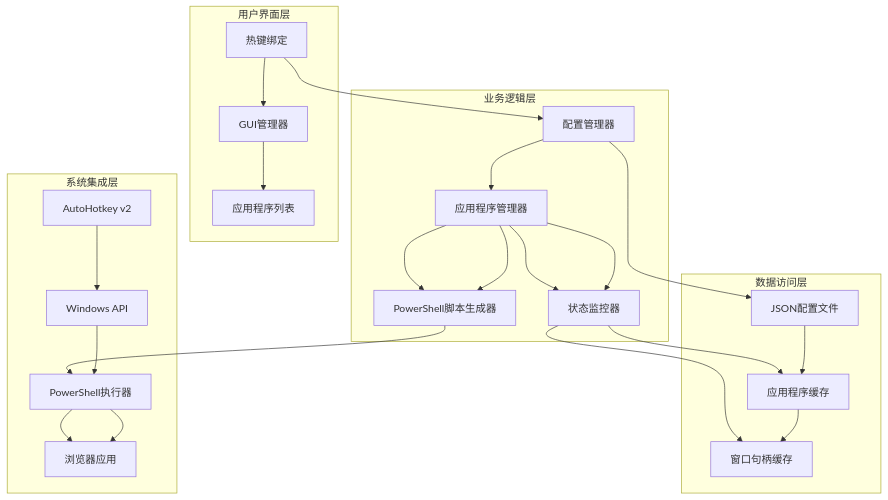
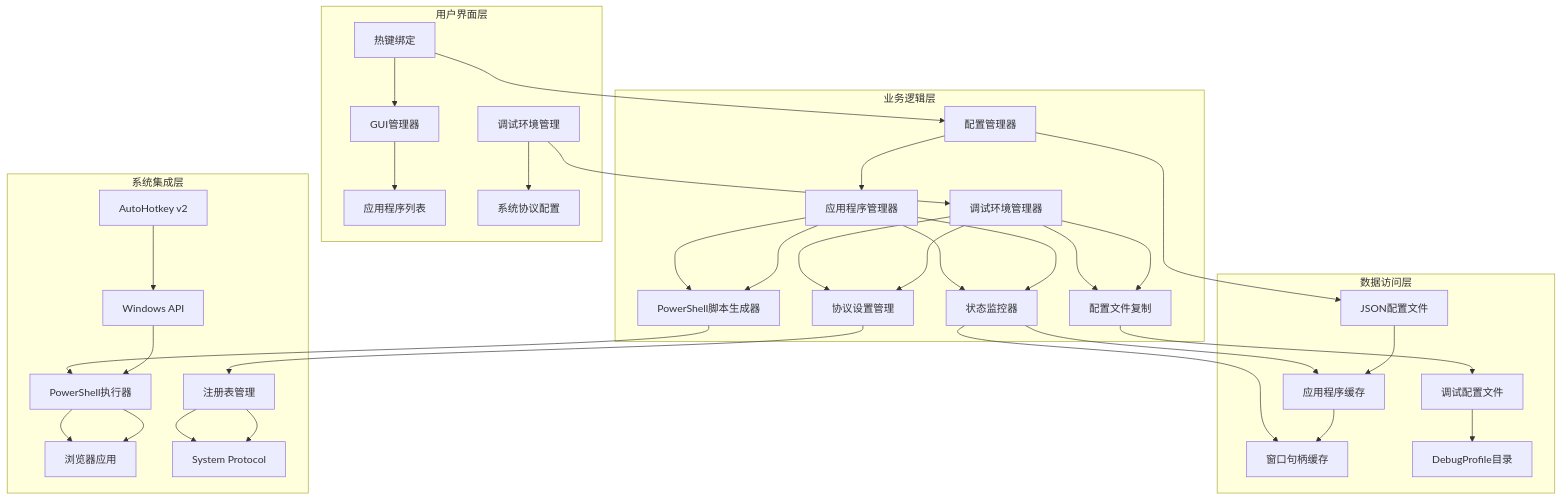
One commit to wangys-123doit/hotkey changed the fourth of 12 diagrams in .qoder/repowiki/zh/content/核心功能/浏览器应用管理.md. Above: the diagram before and after it, drawn with Mermaid. The commit also changed other lines of this file and 5 other files, not shown here.

````diff
--- a/.qoder/repowiki/zh/content/核心功能/浏览器应用管理.md
+++ b/.qoder/repowiki/zh/content/核心功能/浏览器应用管理.md
@@ -141,29 +168,40 @@
 ```mermaid
 graph TB
 subgraph "用户界面层"
 A[热键绑定] --> B[GUI管理器]
 B --> C[应用程序列表]
+D[调试环境管理] --> E[系统协议配置]
 end
 subgraph "业务逻辑层"
-D[配置管理器] --> E[应用程序管理器]
-E --> F[PowerShell脚本生成器]
-E --> G[状态监控器]
+F[配置管理器] --> G[应用程序管理器]
+G --> H[PowerShell脚本生成器]
+G --> I[状态监控器]
+J[调试环境管理器] --> K[配置文件复制]
+J --> L[协议设置管理]
 end
 subgraph "数据访问层"
-H[JSON配置文件] --> I[应用程序缓存]
-I --> J[窗口句柄缓存]
+M[JSON配置文件] --> N[应用程序缓存]
+N --> O[窗口句柄缓存]
+P[调试配置文件] --> Q[DebugProfile目录]
 end
 subgraph "系统集成层"
-K[AutoHotkey v2] --> L[Windows API]
-L --> M[PowerShell执行器]
-M --> N[浏览器应用]
+R[AutoHotkey v2] --> S[Windows API]
+S --> T[PowerShell执行器]
+T --> U[浏览器应用]
+V[注册表管理] --> W[System Protocol]
 end
-A --> D
-D --> H
-E --> F
-E --> G
+A --> F
+D --> J
+F --> M
+G --> H
 G --> I
-G --> J
-F --> M
-M --> N
+I --> N
+I --> O
+J --> K
+J --> L
+K --> P
+L --> V
+H --> T
+T --> U
+V --> W
 ```
````
